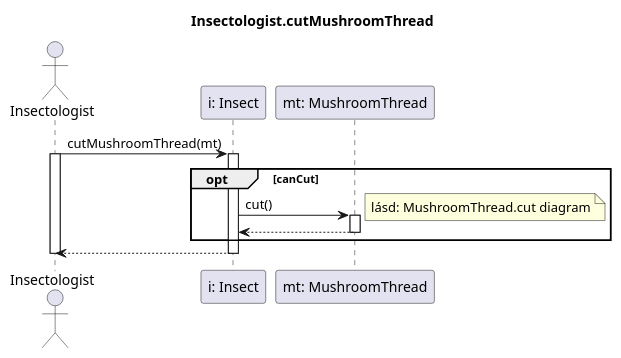
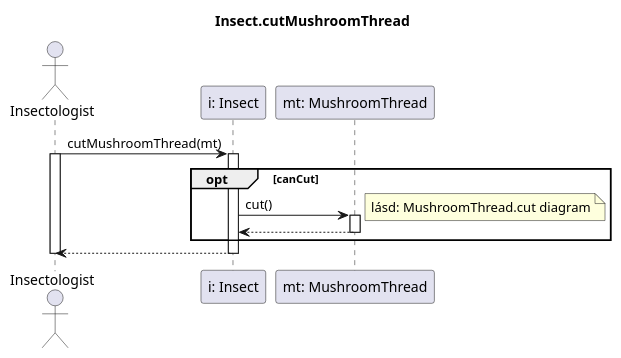
One commit to dzsem/projlab changed the diagram in diagrams/sequence/use_cases/cutMushroomThread.plantuml. Above: the diagram before and after it, drawn with PlantUML. The commit also changed 25 other files, not shown here.

Commit message:
Exported and fixed diagrams

```diff
--- a/diagrams/sequence/use_cases/cutMushroomThread.plantuml
+++ b/diagrams/sequence/use_cases/cutMushroomThread.plantuml
@@ -1,29 +1,29 @@
 @startuml Insectologist.cutMushroomThread
 
-title Insectologist.cutMushroomThread
+title Insect.cutMushroomThread
 
 actor "Insectologist" as insectologist
 participant "i: Insect" as insect
 participant "mt: MushroomThread" as mt
 
 insectologist -> insect: cutMushroomThread(mt)
 activate insectologist
 activate insect
 
 opt canCut
 
 	insect -> mt: cut()
 	note right: lásd: MushroomThread.cut diagram
 	activate mt
 
 	insect <-- mt
 	deactivate mt
 
 end
 
 insectologist <-- insect
 deactivate insect
 
 deactivate insectologist
 
 @enduml
```
